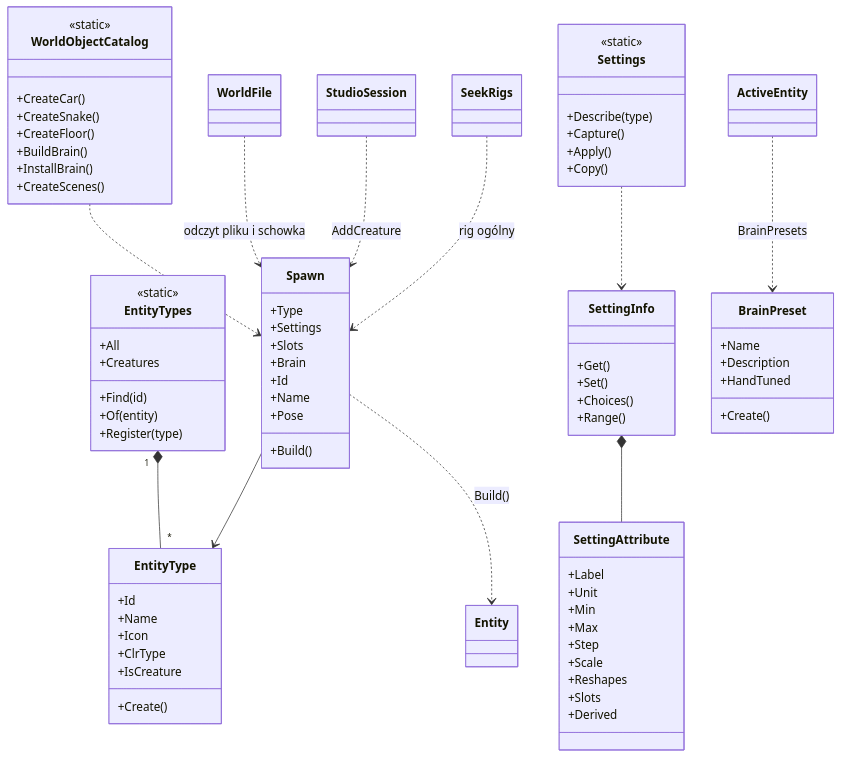
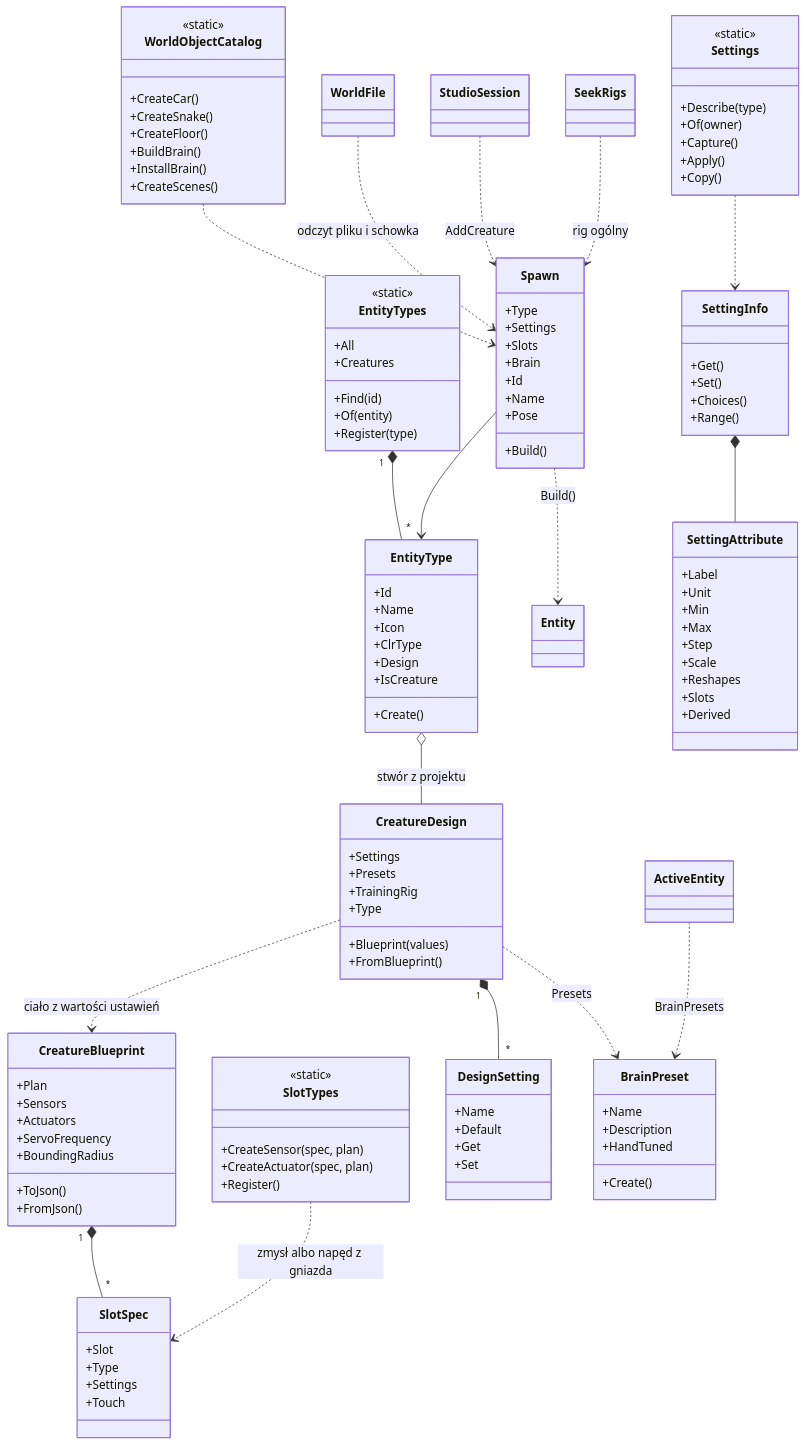
One commit to Logos7/Animata changed the fifth of 15 diagrams in docs/mapa-kodu.md. Above: the diagram before and after it, drawn with Mermaid. The commit also changed other lines of this file and 13 other files, not shown here.

````diff
--- a/docs/mapa-kodu.md
+++ b/docs/mapa-kodu.md
@@ -350,8 +376,44 @@
     +Name
     +Icon
     +ClrType
+    +Design
     +Create()
     +IsCreature
+  }
+  class CreatureDesign {
+    +Blueprint(values)
+    +Settings
+    +Presets
+    +TrainingRig
+    +Type
+    +FromBlueprint()
+  }
+  class CreatureBlueprint {
+    +Plan
+    +Sensors
+    +Actuators
+    +ServoFrequency
+    +BoundingRadius
+    +ToJson()
+    +FromJson()
+  }
+  class SlotSpec {
+    +Slot
+    +Type
+    +Settings
+    +Touch
+  }
+  class SlotTypes {
+    <<static>>
+    +CreateSensor(spec, plan)
+    +CreateActuator(spec, plan)
+    +Register()
+  }
+  class DesignSetting {
+    +Name
+    +Default
+    +Get
+    +Set
   }
   class Spawn {
     +Type
@@ -375,6 +437,7 @@
   class Settings {
     <<static>>
     +Describe(type)
+    +Of(owner)
     +Capture()
     +Apply()
     +Copy()
@@ -404,6 +467,11 @@
   }
 
   EntityTypes "1" *-- "*" EntityType
+  EntityType o-- CreatureDesign : stwór z projektu
+  CreatureDesign ..> CreatureBlueprint : ciało z wartości ustawień
+  CreatureDesign "1" *-- "*" DesignSetting
+  CreatureBlueprint "1" *-- "*" SlotSpec
+  SlotTypes ..> SlotSpec : zmysł albo napęd z gniazda
   Spawn --> EntityType
   Spawn ..> Entity : Build()
   WorldObjectCatalog ..> Spawn
@@ -413,4 +481,5 @@
   Settings ..> SettingInfo
   SettingInfo *-- SettingAttribute
   ActiveEntity ..> BrainPreset : BrainPresets
+  CreatureDesign ..> BrainPreset : Presets
 ```
````
